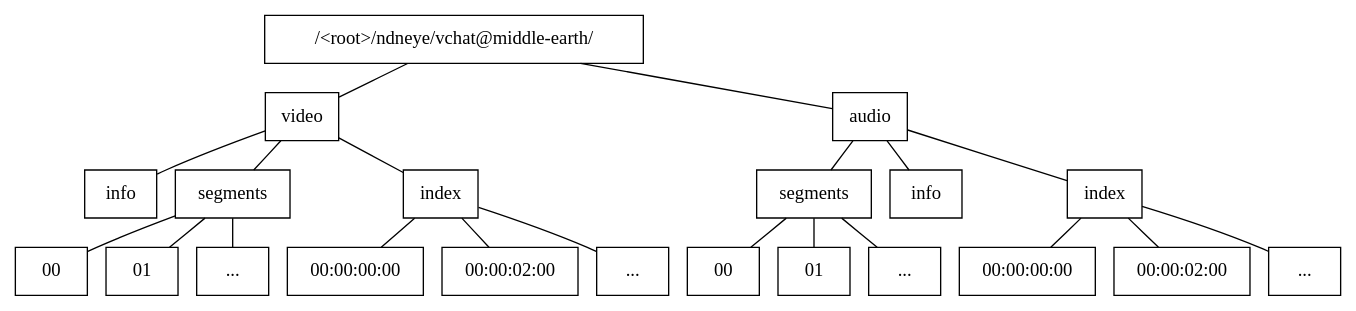
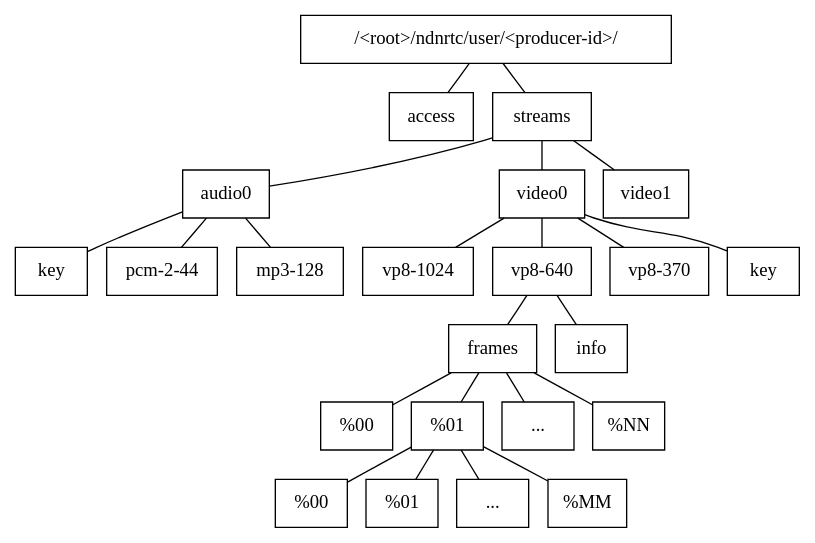
The diagram in docs/res/dia/namespace1.dot (remap/ndnrtc), drawn with Graphviz before and after one commit. The commit also changed 12 other files, not shown here.

```diff
--- a/docs/res/dia/namespace1.dot
+++ b/docs/res/dia/namespace1.dot
@@ -1,80 +1,114 @@
 digraph ndnrtc { 
 	graph [dir=none, layout=dot, nodesep=0.2, margin=0, ranksep=0.3];
 	node [label="\N", shape=box];
 	edge [dir=none];
 		
-"/<root>/ndneye/vchat@middle-earth/"	-> video;
-"/<root>/ndneye/vchat@middle-earth/"	-> audio;
+"/<root>/ndnrtc/user/<producer-id>/"	-> access;
+"/<root>/ndnrtc/user/<producer-id>/"	-> streams;
 
-video	->	info;
-video -> segments;
+//session	-> access;
+//session -> info;
 
-/*
-codec1 [label="vp8-1024" color=red];
-codec2 [label="vp8-640" color=red];
-codec3 [label="vp8-370" color=red];
+streams -> audio0;
+streams -> video0;
+streams -> video1;
+
+codec1 [label="vp8-1024"];
+codec2 [label="vp8-640"];
+codec3 [label="vp8-370"];
+
+key1 [label="key"];
+key0 [label="key"];
+
+video0 -> key1;
+video0 -> codec1;
+video0 -> codec2;
+video0 -> codec3;
+
+acodec1 [label="pcm-2-44"];
+acodec3 [label="mp3-128"];
+
+audio0 -> key0;
+audio0 -> acodec1;
+audio0 -> acodec3;
 
 
-video -> codec1 [color=red];
-video -> codec2 [color=red];
-video -> codec3 [color=red];
+//codec2 -> info;
+codec2 -> frames;
 
-codec2 -> info [color=red];
-codec2 -> segments [color=red];
+info_codec [label="info"];
+codec2 -> info_codec;
 //codec2 -> index [color=red];
-*/
 
+f0 [label="%00"];
+f1 [label="%01"];
+f2 [label="..."];
+fN [label="%NN"];
 
+frames -> f0;
+frames -> f1;
+frames -> f2;
+frames -> fN;
+
+s0 [label="%00"];
+s1 [label="%01"];
+s2 [label="..."];
+sM [label="%MM"];
+
+f1 -> s0;
+f1 -> s1;
+f1 -> s2;
+f1 -> sM
+/*
 tsV1 [label="00:00:00:00" ];//color=blue];
 tsV2 [label="00:00:02:00"];// color=blue;
 tsV3 [label="..."];// color=blue];
 index [label="index"];// color=blue];
 
-video -> index;// [color=red];
+//video -> index;// [color=red];
 //codec2 -> index [color=blue];
 index -> tsV1;// [color=blue];
 index -> tsV2;// [color=blue];
 index -> tsV3;// [color=blue]; 
 
 
 segments->00;
 segments->01;
 segments->"...";
 
 
 segmentsA [label="segments"];
 infoA [label="info"];
 s1 [label="00"];
 s2 [label="01"];
 s3 [label="..."];
 
 tsA1 [label="00:00:00:00" ];//color=blue];
 tsA2 [label="00:00:02:00"];// color=blue;
 tsA3 [label="..."];// color=blue];
 indexA [label="index"];// color=blue];
 
 audio->infoA;
 audio->segmentsA;
 audio->indexA;
 indexA -> tsA1;// [color=blue];
 indexA -> tsA2;// [color=blue];
 indexA -> tsA3;// [color=blue]; 
 
-/*
 acodec1 [label="aac-128" color=red];
 acodec2 [label="mp3-198" color=red];
 
 audio -> acodec1 [color=red];
 audio -> acodec2 [color=red];
 
 acodec2 -> infoA [color=red];
 acodec2 -> segmentsA [color=red];
 //codec2 -> index [color=red];
-*/
+
 
 segmentsA->s1;
 segmentsA->s2;
 segmentsA->s3;
-
+*/
 
 }
```
